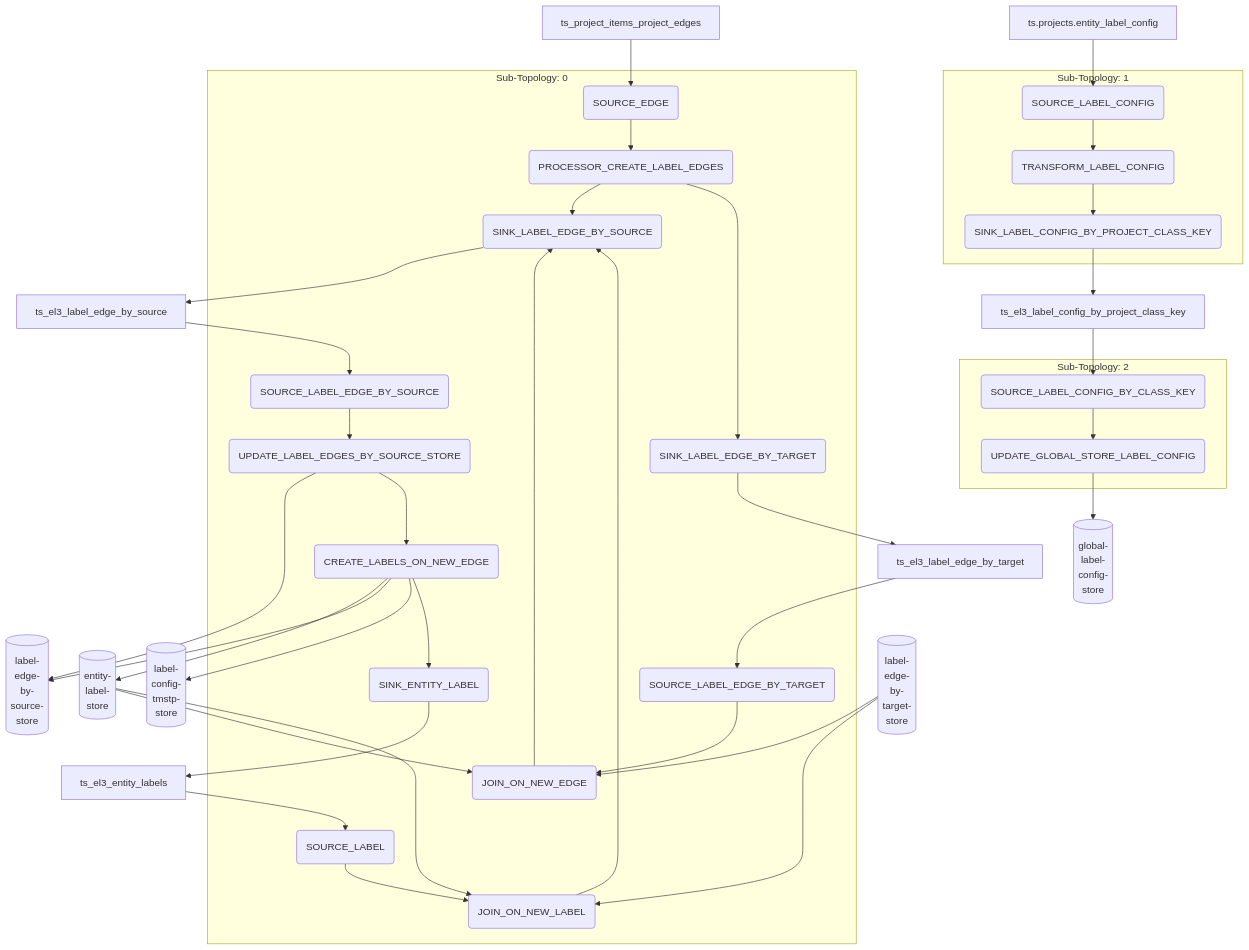
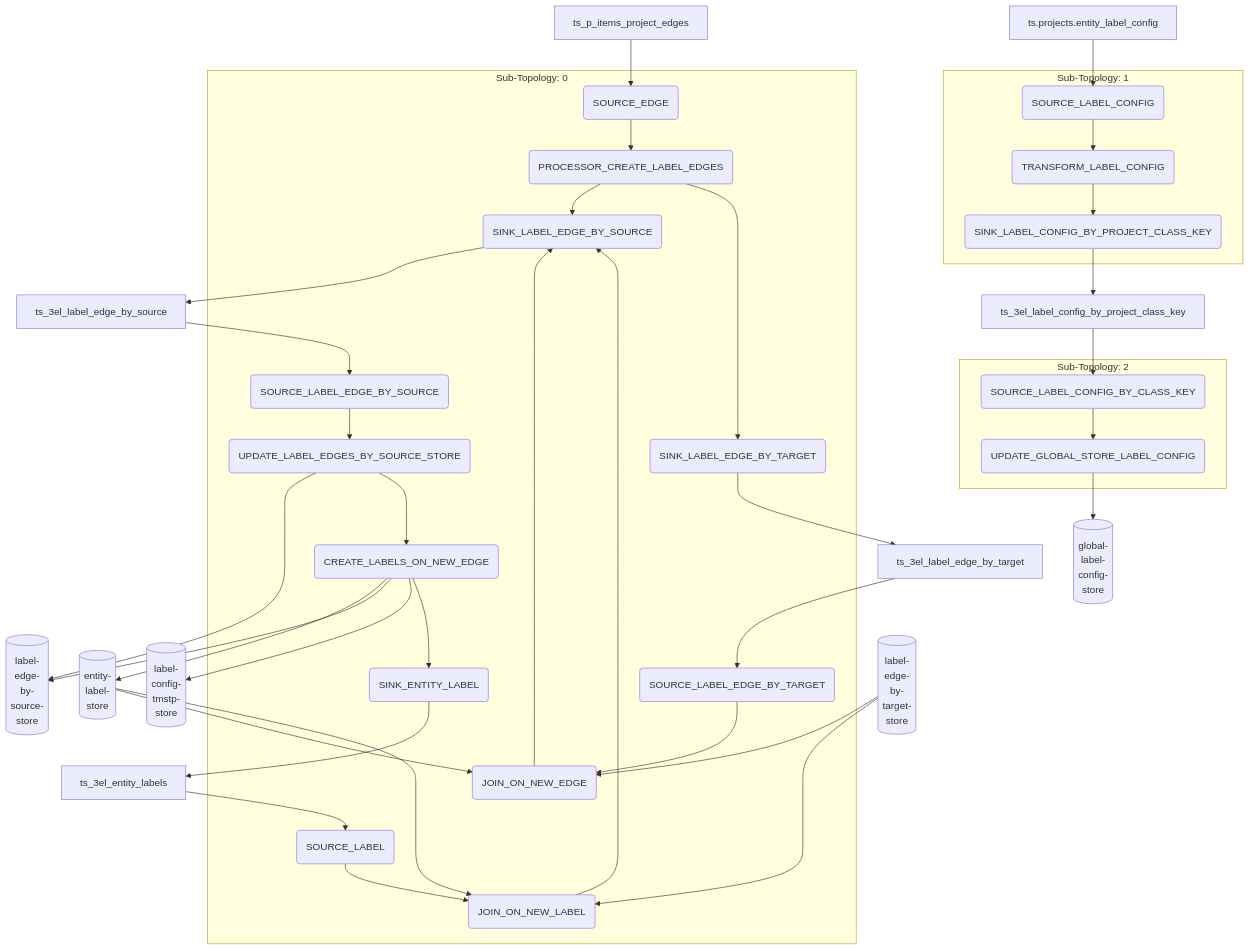
The diagram in app-3-entity-label3/topology.md (geovistory/toolbox-streams), drawn with Mermaid before and after one commit. The commit also changed 8 other files, not shown here.

````diff
--- a/app-3-entity-label3/topology.md
+++ b/app-3-entity-label3/topology.md
@@ -1,60 +1,60 @@
 ```mermaid
 graph TD
-ts_project_items_project_edges[ts_project_items_project_edges] --> SOURCE_EDGE(SOURCE_EDGE)
-ts_el3_label_edge_by_source[ts_el3_label_edge_by_source] --> SOURCE_LABEL_EDGE_BY_SOURCE(SOURCE_LABEL_EDGE_BY_SOURCE)
-ts_el3_entity_labels[ts_el3_entity_labels] --> SOURCE_LABEL(SOURCE_LABEL)
-ts_el3_label_edge_by_target[ts_el3_label_edge_by_target] --> SOURCE_LABEL_EDGE_BY_TARGET(SOURCE_LABEL_EDGE_BY_TARGET)
+ts_p_items_project_edges[ts_p_items_project_edges] --> SOURCE_EDGE(SOURCE_EDGE)
+ts_3el_label_edge_by_source[ts_3el_label_edge_by_source] --> SOURCE_LABEL_EDGE_BY_SOURCE(SOURCE_LABEL_EDGE_BY_SOURCE)
+ts_3el_entity_labels[ts_3el_entity_labels] --> SOURCE_LABEL(SOURCE_LABEL)
+ts_3el_label_edge_by_target[ts_3el_label_edge_by_target] --> SOURCE_LABEL_EDGE_BY_TARGET(SOURCE_LABEL_EDGE_BY_TARGET)
 UPDATE_LABEL_EDGES_BY_SOURCE_STORE(UPDATE_LABEL_EDGES_BY_SOURCE_STORE) --> label-edge-by-source-store[(label-<br>edge-<br>by-<br>source-<br>store)]
 CREATE_LABELS_ON_NEW_EDGE(CREATE_LABELS_ON_NEW_EDGE) --> entity-label-store[(entity-<br>label-<br>store)]
 CREATE_LABELS_ON_NEW_EDGE(CREATE_LABELS_ON_NEW_EDGE) --> label-edge-by-source-store[(label-<br>edge-<br>by-<br>source-<br>store)]
 CREATE_LABELS_ON_NEW_EDGE(CREATE_LABELS_ON_NEW_EDGE) --> label-config-tmstp-store[(label-<br>config-<br>tmstp-<br>store)]
 label-edge-by-target-store[(label-<br>edge-<br>by-<br>target-<br>store)] --> JOIN_ON_NEW_EDGE(JOIN_ON_NEW_EDGE)
 entity-label-store[(entity-<br>label-<br>store)] --> JOIN_ON_NEW_EDGE(JOIN_ON_NEW_EDGE)
 label-edge-by-target-store[(label-<br>edge-<br>by-<br>target-<br>store)] --> JOIN_ON_NEW_LABEL(JOIN_ON_NEW_LABEL)
 entity-label-store[(entity-<br>label-<br>store)] --> JOIN_ON_NEW_LABEL(JOIN_ON_NEW_LABEL)
-SINK_ENTITY_LABEL(SINK_ENTITY_LABEL) --> ts_el3_entity_labels[ts_el3_entity_labels]
-SINK_LABEL_EDGE_BY_SOURCE(SINK_LABEL_EDGE_BY_SOURCE) --> ts_el3_label_edge_by_source[ts_el3_label_edge_by_source]
-SINK_LABEL_EDGE_BY_TARGET(SINK_LABEL_EDGE_BY_TARGET) --> ts_el3_label_edge_by_target[ts_el3_label_edge_by_target]
+SINK_ENTITY_LABEL(SINK_ENTITY_LABEL) --> ts_3el_entity_labels[ts_3el_entity_labels]
+SINK_LABEL_EDGE_BY_SOURCE(SINK_LABEL_EDGE_BY_SOURCE) --> ts_3el_label_edge_by_source[ts_3el_label_edge_by_source]
+SINK_LABEL_EDGE_BY_TARGET(SINK_LABEL_EDGE_BY_TARGET) --> ts_3el_label_edge_by_target[ts_3el_label_edge_by_target]
 ts.projects.entity_label_config[ts.projects.entity_label_config] --> SOURCE_LABEL_CONFIG(SOURCE_LABEL_CONFIG)
-SINK_LABEL_CONFIG_BY_PROJECT_CLASS_KEY(SINK_LABEL_CONFIG_BY_PROJECT_CLASS_KEY) --> ts_el3_label_config_by_project_class_key[ts_el3_label_config_by_project_class_key]
-ts_el3_label_config_by_project_class_key[ts_el3_label_config_by_project_class_key] --> SOURCE_LABEL_CONFIG_BY_CLASS_KEY(SOURCE_LABEL_CONFIG_BY_CLASS_KEY)
+SINK_LABEL_CONFIG_BY_PROJECT_CLASS_KEY(SINK_LABEL_CONFIG_BY_PROJECT_CLASS_KEY) --> ts_3el_label_config_by_project_class_key[ts_3el_label_config_by_project_class_key]
+ts_3el_label_config_by_project_class_key[ts_3el_label_config_by_project_class_key] --> SOURCE_LABEL_CONFIG_BY_CLASS_KEY(SOURCE_LABEL_CONFIG_BY_CLASS_KEY)
 UPDATE_GLOBAL_STORE_LABEL_CONFIG(UPDATE_GLOBAL_STORE_LABEL_CONFIG) --> global-label-config-store[(global-<br>label-<br>config-<br>store)]
 subgraph Sub-Topology: 0
 SOURCE_EDGE(SOURCE_EDGE) --> PROCESSOR_CREATE_LABEL_EDGES(PROCESSOR_CREATE_LABEL_EDGES)
 SOURCE_LABEL_EDGE_BY_SOURCE(SOURCE_LABEL_EDGE_BY_SOURCE) --> UPDATE_LABEL_EDGES_BY_SOURCE_STORE(UPDATE_LABEL_EDGES_BY_SOURCE_STORE)
 PROCESSOR_CREATE_LABEL_EDGES(PROCESSOR_CREATE_LABEL_EDGES) --> SINK_LABEL_EDGE_BY_SOURCE(SINK_LABEL_EDGE_BY_SOURCE)
 PROCESSOR_CREATE_LABEL_EDGES(PROCESSOR_CREATE_LABEL_EDGES) --> SINK_LABEL_EDGE_BY_TARGET(SINK_LABEL_EDGE_BY_TARGET)
 SOURCE_LABEL(SOURCE_LABEL) --> JOIN_ON_NEW_LABEL(JOIN_ON_NEW_LABEL)
 SOURCE_LABEL_EDGE_BY_TARGET(SOURCE_LABEL_EDGE_BY_TARGET) --> JOIN_ON_NEW_EDGE(JOIN_ON_NEW_EDGE)
 UPDATE_LABEL_EDGES_BY_SOURCE_STORE(UPDATE_LABEL_EDGES_BY_SOURCE_STORE) --> CREATE_LABELS_ON_NEW_EDGE(CREATE_LABELS_ON_NEW_EDGE)
 CREATE_LABELS_ON_NEW_EDGE(CREATE_LABELS_ON_NEW_EDGE) --> SINK_ENTITY_LABEL(SINK_ENTITY_LABEL)
 JOIN_ON_NEW_EDGE(JOIN_ON_NEW_EDGE) --> SINK_LABEL_EDGE_BY_SOURCE(SINK_LABEL_EDGE_BY_SOURCE)
 JOIN_ON_NEW_LABEL(JOIN_ON_NEW_LABEL) --> SINK_LABEL_EDGE_BY_SOURCE(SINK_LABEL_EDGE_BY_SOURCE)
 end
 subgraph Sub-Topology: 1
 SOURCE_LABEL_CONFIG(SOURCE_LABEL_CONFIG) --> TRANSFORM_LABEL_CONFIG(TRANSFORM_LABEL_CONFIG)
 TRANSFORM_LABEL_CONFIG(TRANSFORM_LABEL_CONFIG) --> SINK_LABEL_CONFIG_BY_PROJECT_CLASS_KEY(SINK_LABEL_CONFIG_BY_PROJECT_CLASS_KEY)
 end
 subgraph Sub-Topology: 2
 SOURCE_LABEL_CONFIG_BY_CLASS_KEY(SOURCE_LABEL_CONFIG_BY_CLASS_KEY) --> UPDATE_GLOBAL_STORE_LABEL_CONFIG(UPDATE_GLOBAL_STORE_LABEL_CONFIG)
 end
-ts_project_items_project_edges
-ts_el3_label_edge_by_source
-ts_el3_entity_labels
-ts_el3_label_edge_by_target
+ts_p_items_project_edges
+ts_3el_label_edge_by_source
+ts_3el_entity_labels
+ts_3el_label_edge_by_target
 ts.projects.entity_label_config
-ts_el3_label_config_by_project_class_key
-ts_el3_entity_labels
-ts_el3_label_edge_by_source
-ts_el3_label_edge_by_target
-ts_el3_label_config_by_project_class_key
+ts_3el_label_config_by_project_class_key
+ts_3el_entity_labels
+ts_3el_label_edge_by_source
+ts_3el_label_edge_by_target
+ts_3el_label_config_by_project_class_key
 label-edge-by-source-store
 entity-label-store
 label-edge-by-source-store
 label-config-tmstp-store
 label-edge-by-target-store
 entity-label-store
 label-edge-by-target-store
 entity-label-store
 global-label-config-store
 ```
````
